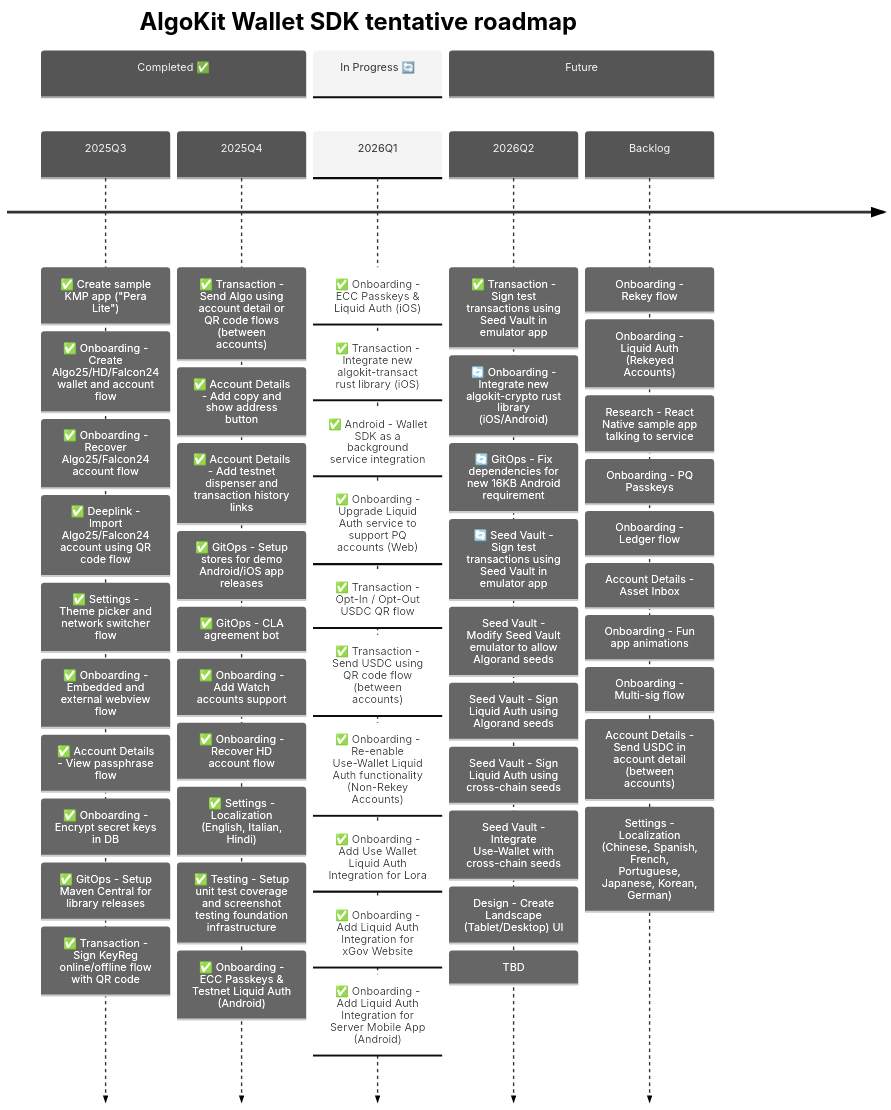
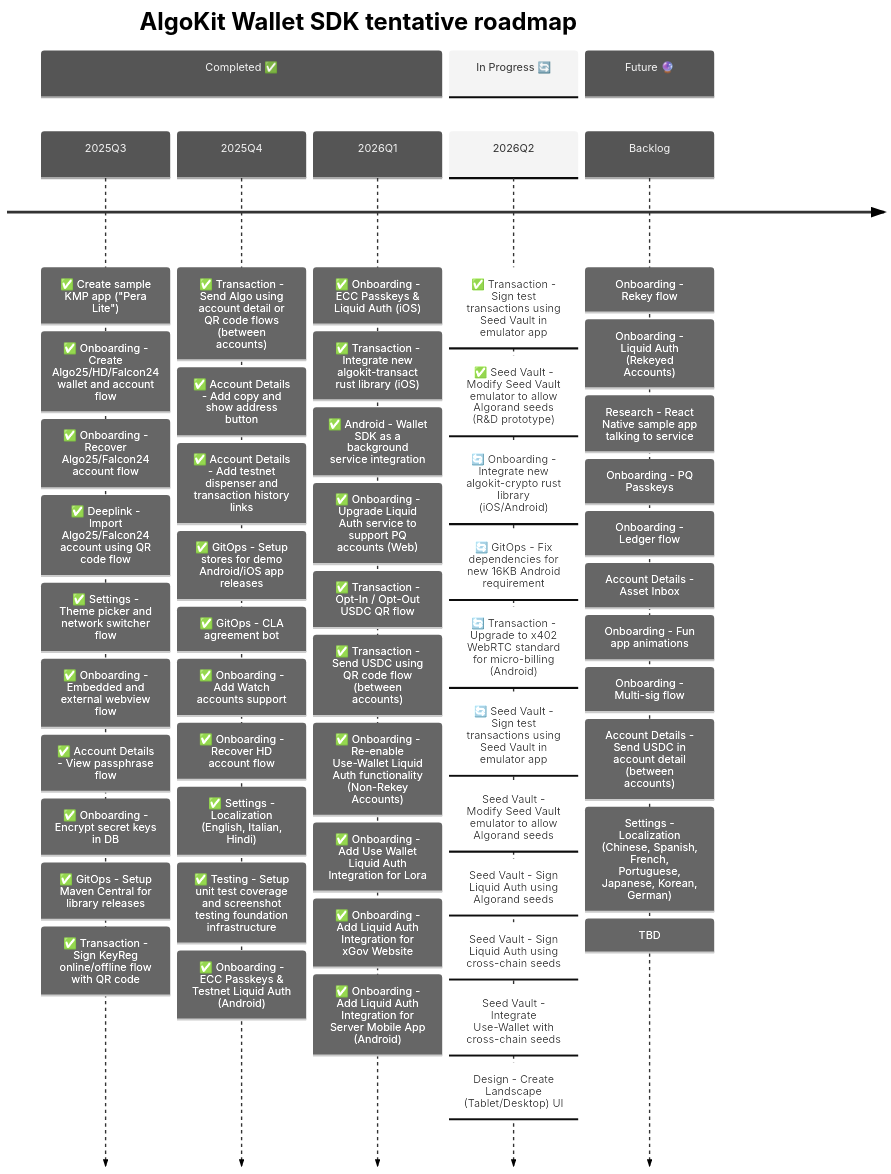
One commit to michaeltchuangllc/algokit-walletsdk-kmp changed the second of 3 diagrams in README.md. Above: the diagram before and after it, drawn with Mermaid. The commit also changed other lines of this file and 5 other files, not shown here.

Commit message:
docs: update roadmap

````diff
--- a/README.md
+++ b/README.md
@@ -69,66 +69,69 @@
 ```mermaid
 ---
 config:
   theme: 'neutral'
 ---
 timeline
     title AlgoKit Wallet SDK tentative roadmap
 
     section Completed ✅
     2025Q3  : ✅ Create sample KMP app ("Pera Lite")
             : ✅ Onboarding - Create Algo25/HD/Falcon24 wallet and account flow
             : ✅ Onboarding - Recover Algo25/Falcon24 account flow
             : ✅ Deeplink - Import Algo25/Falcon24 account using QR code flow
             : ✅ Settings - Theme picker and network switcher flow
             : ✅ Onboarding - Embedded and external webview flow
             : ✅ Account Details - View passphrase flow
             : ✅ Onboarding - Encrypt secret keys in DB
             : ✅ GitOps - Setup Maven Central for library releases
             : ✅ Transaction - Sign KeyReg online/offline flow with QR code
 
     2025Q4  : ✅ Transaction - Send Algo using account detail or QR code flows (between accounts)
             : ✅ Account Details - Add copy and show address button
             : ✅ Account Details - Add testnet dispenser and transaction history links
             : ✅ GitOps - Setup stores for demo Android/iOS app releases
             : ✅ GitOps - CLA agreement bot
             : ✅ Onboarding - Add Watch accounts support
             : ✅ Onboarding - Recover HD account flow
             : ✅ Settings - Localization (English, Italian, Hindi)
             : ✅ Testing - Setup unit test coverage and screenshot testing foundation infrastructure
             : ✅ Onboarding - ECC Passkeys & Testnet Liquid Auth (Android)
 
-    section In Progress 🔄
     2026Q1  : ✅ Onboarding - ECC Passkeys & Liquid Auth (iOS)
             : ✅ Transaction - Integrate new algokit-transact rust library (iOS)
             : ✅ Android - Wallet SDK as a background service integration
             : ✅ Onboarding - Upgrade Liquid Auth service to support PQ accounts (Web)
             : ✅ Transaction - Opt-In / Opt-Out USDC QR flow
             : ✅ Transaction - Send USDC using QR code flow (between accounts)
             : ✅ Onboarding - Re-enable Use-Wallet Liquid Auth functionality (Non-Rekey Accounts)
             : ✅ Onboarding - Add Use Wallet Liquid Auth Integration for Lora
             : ✅ Onboarding - Add Liquid Auth Integration for xGov Website
             : ✅ Onboarding - Add Liquid Auth Integration for Server Mobile App (Android)
 
-    section Future
+    section In Progress 🔄
     2026Q2  : ✅ Transaction - Sign test transactions using Seed Vault in emulator app
+            : ✅ Seed Vault - Modify Seed Vault emulator to allow Algorand seeds (R&D prototype)
             : 🔄 Onboarding - Integrate new algokit-crypto rust library (iOS/Android)
             : 🔄 GitOps - Fix dependencies for new 16KB Android requirement
+            : 🔄 Transaction - Upgrade to x402 WebRTC standard for micro-billing (Android)
             : 🔄 Seed Vault - Sign test transactions using Seed Vault in emulator app
             : Seed Vault - Modify Seed Vault emulator to allow Algorand seeds
             : Seed Vault - Sign Liquid Auth using Algorand seeds
             : Seed Vault - Sign Liquid Auth using cross-chain seeds
             : Seed Vault - Integrate Use-Wallet with cross-chain seeds
             : Design - Create Landscape (Tablet/Desktop) UI
-            : TBD
+            
+    section Future 🔮
     Backlog
             : Onboarding - Rekey flow
             : Onboarding - Liquid Auth (Rekeyed Accounts)
             : Research - React Native sample app talking to service
             : Onboarding - PQ Passkeys
             : Onboarding - Ledger flow
             : Account Details - Asset Inbox
             : Onboarding - Fun app animations
             : Onboarding - Multi-sig flow
             : Account Details - Send USDC in account detail (between accounts)
             : Settings - Localization (Chinese, Spanish, French, Portuguese, Japanese, Korean, German)
+            : TBD
 ```
````
